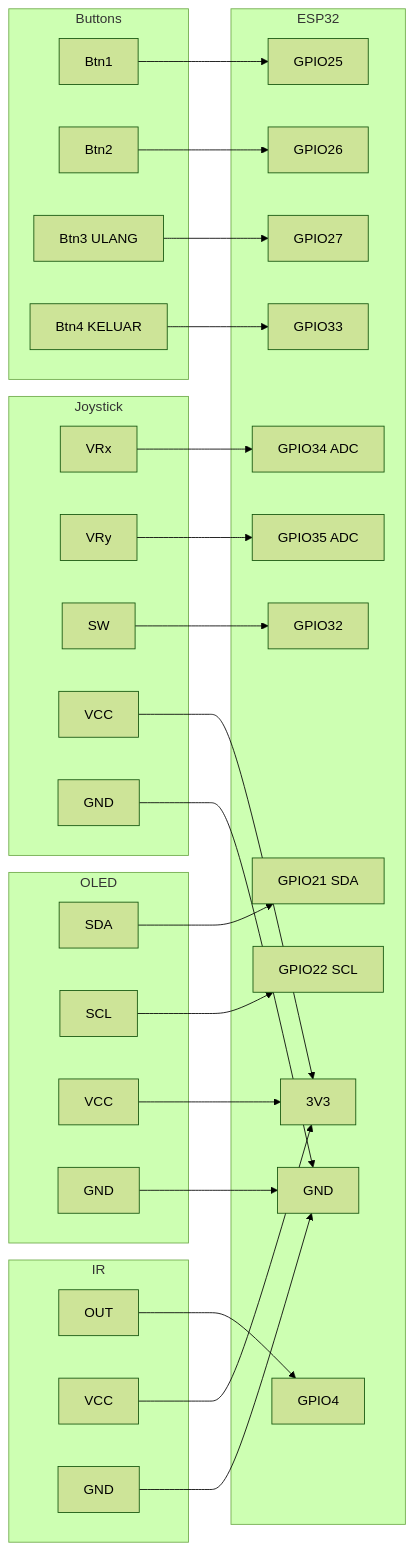
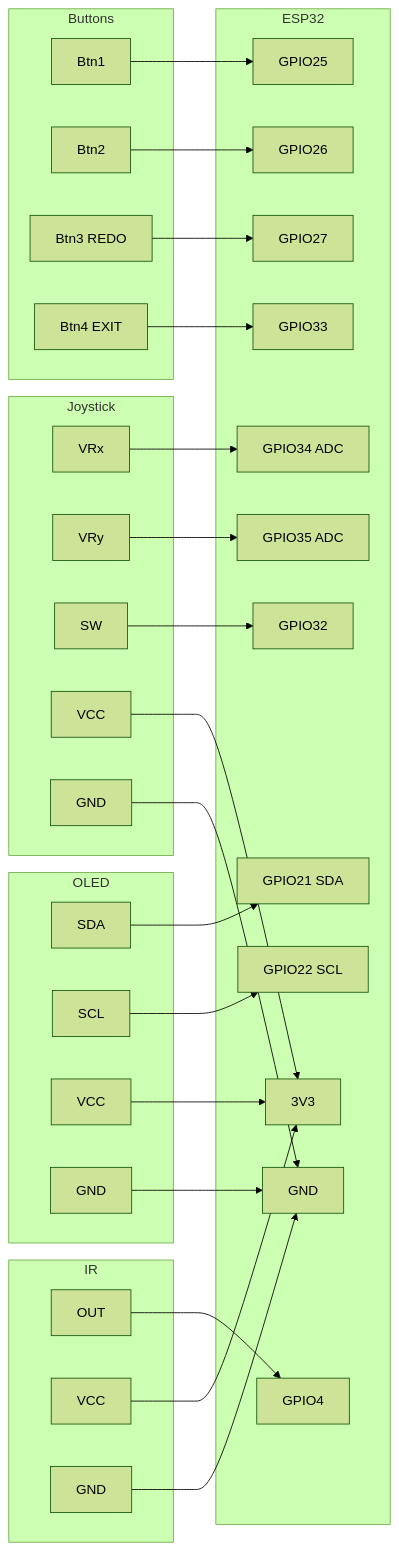
Before and after one commit to panduyyyy67/esp32-ble-gamepad: the diagram in README.md, drawn with Mermaid (forest theme). The commit also changed other lines of this file and 1 other file, not shown here.

````diff
--- a/README.md
+++ b/README.md
@@ -101,65 +109,65 @@
 ```mermaid
 flowchart LR
   subgraph ESP32
     GPIO34[GPIO34 ADC]
     GPIO35[GPIO35 ADC]
     GPIO32[GPIO32]
     GPIO25[GPIO25]
     GPIO26[GPIO26]
     GPIO27[GPIO27]
     GPIO33[GPIO33]
     GPIO21[GPIO21 SDA]
     GPIO22[GPIO22 SCL]
     GPIO4[GPIO4]
     V3[3V3]
     GND[GND]
   end
 
   subgraph Joystick
     JX[VRx]
     JY[VRy]
     JSW[SW]
     JV[VCC]
     JG[GND]
   end
 
   subgraph Buttons
     B1[Btn1]
     B2[Btn2]
-    B3[Btn3 ULANG]
-    B4[Btn4 KELUAR]
+    B3[Btn3 REDO]
+    B4[Btn4 EXIT]
   end
 
   subgraph OLED
     OSDA[SDA]
     OSCL[SCL]
     OV[VCC]
     OG[GND]
   end
 
   subgraph IR
     IROUT[OUT]
     IRV[VCC]
     IRG[GND]
   end
 
   JX --> GPIO34
   JY --> GPIO35
   JSW --> GPIO32
   JV --> V3
   JG --> GND
 
   B1 --> GPIO25
   B2 --> GPIO26
   B3 --> GPIO27
   B4 --> GPIO33
 
   OSDA --> GPIO21
   OSCL --> GPIO22
   OV --> V3
   OG --> GND
 
   IROUT --> GPIO4
   IRV --> V3
   IRG --> GND
 ```
````
